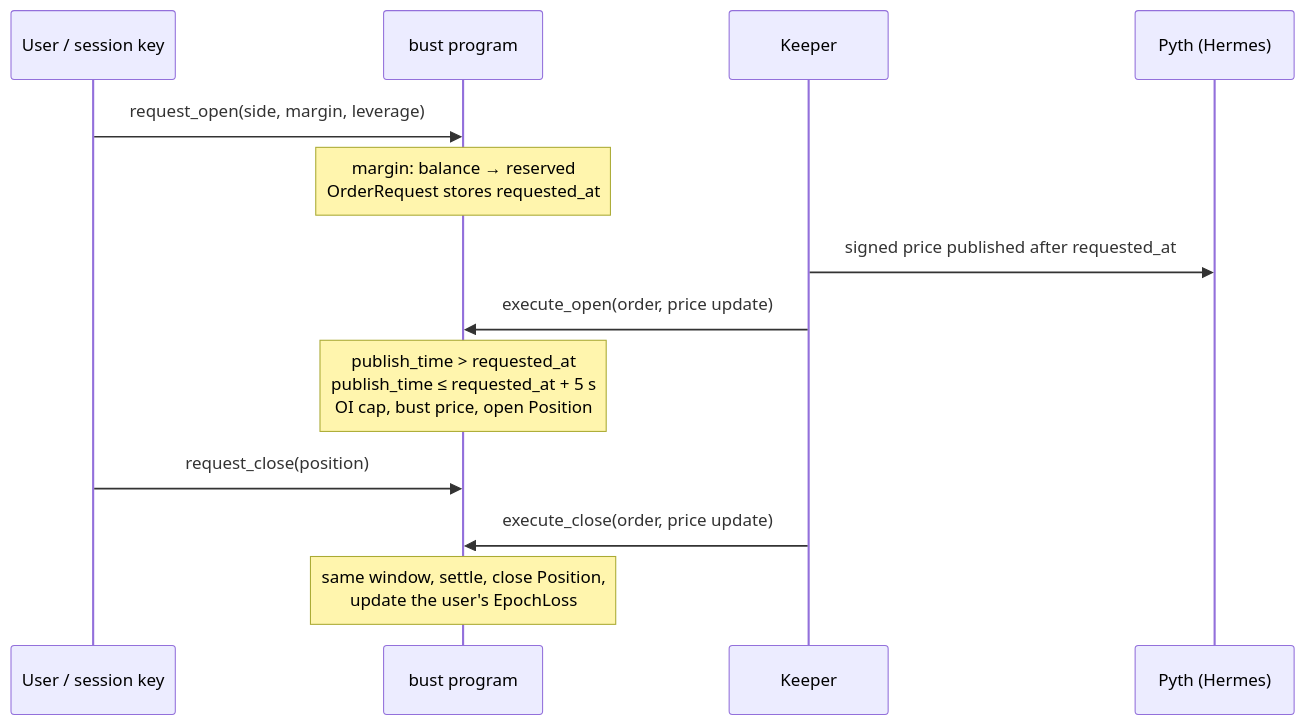
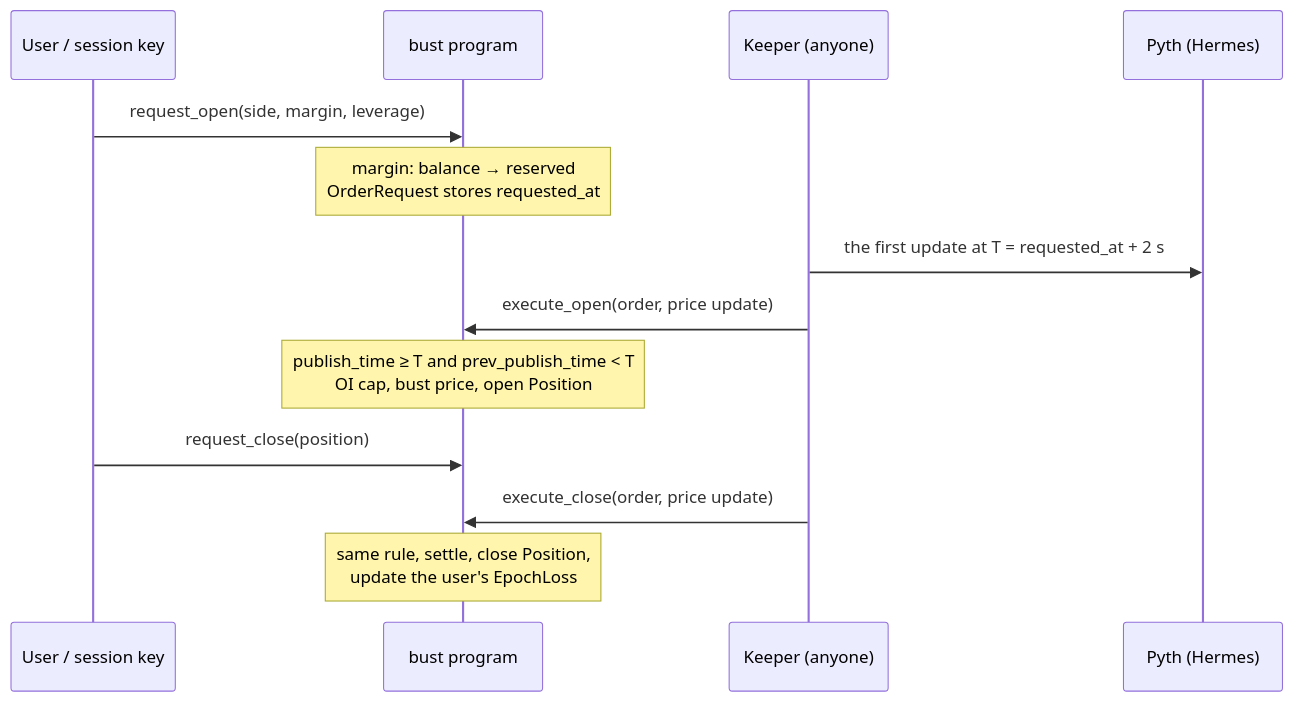
The second of 2 diagrams in README.md (get-bust/bust-program), drawn with Mermaid before and after one commit. The commit also changed other lines of this file and 7 other files, not shown here.

````diff
--- a/README.md
+++ b/README.md
@@ -118,15 +118,15 @@
 ```mermaid
 sequenceDiagram
     participant U as User / session key
     participant P as bust program
-    participant K as Keeper
+    participant K as Keeper (anyone)
     participant H as Pyth (Hermes)
     U->>P: request_open(side, margin, leverage)
     Note over P: margin: balance → reserved<br/>OrderRequest stores requested_at
-    K->>H: signed price published after requested_at
+    K->>H: the first update at T = requested_at + 2 s
     K->>P: execute_open(order, price update)
-    Note over P: publish_time > requested_at<br/>publish_time ≤ requested_at + 5 s<br/>OI cap, bust price, open Position
+    Note over P: publish_time ≥ T and prev_publish_time < T<br/>OI cap, bust price, open Position
     U->>P: request_close(position)
     K->>P: execute_close(order, price update)
-    Note over P: same window, settle, close Position,<br/>update the user's EpochLoss
+    Note over P: same rule, settle, close Position,<br/>update the user's EpochLoss
 ```
````
